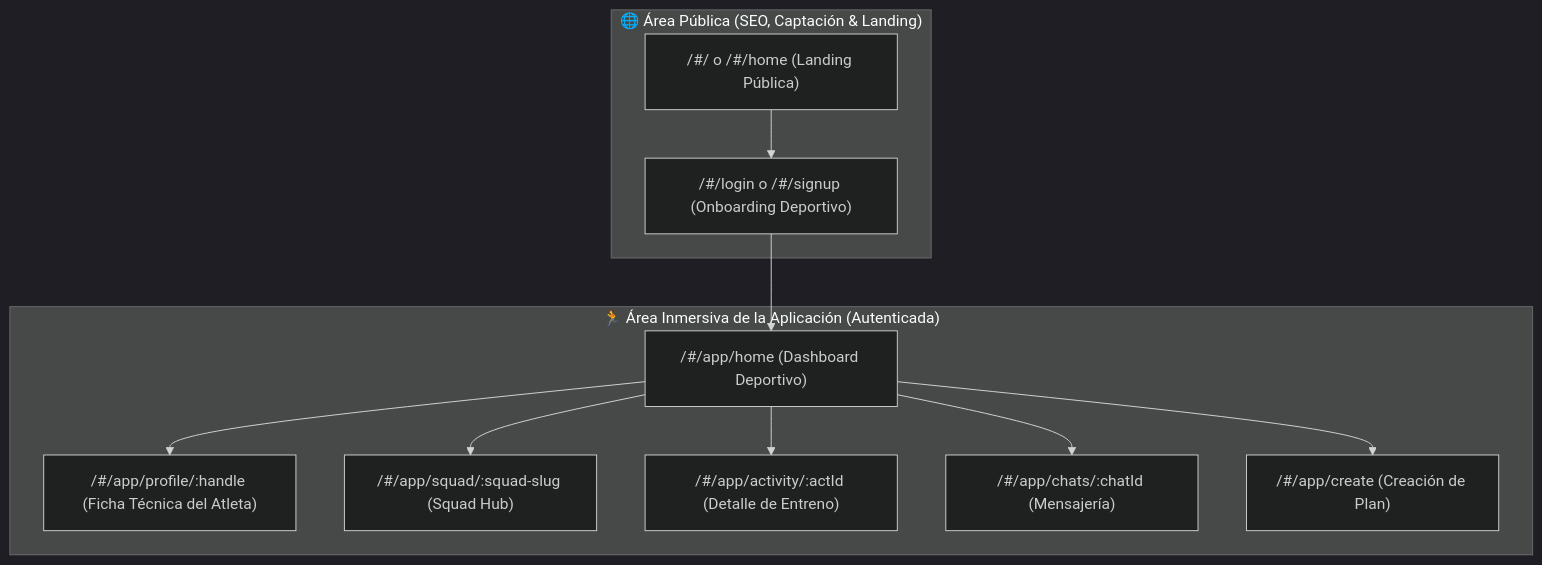
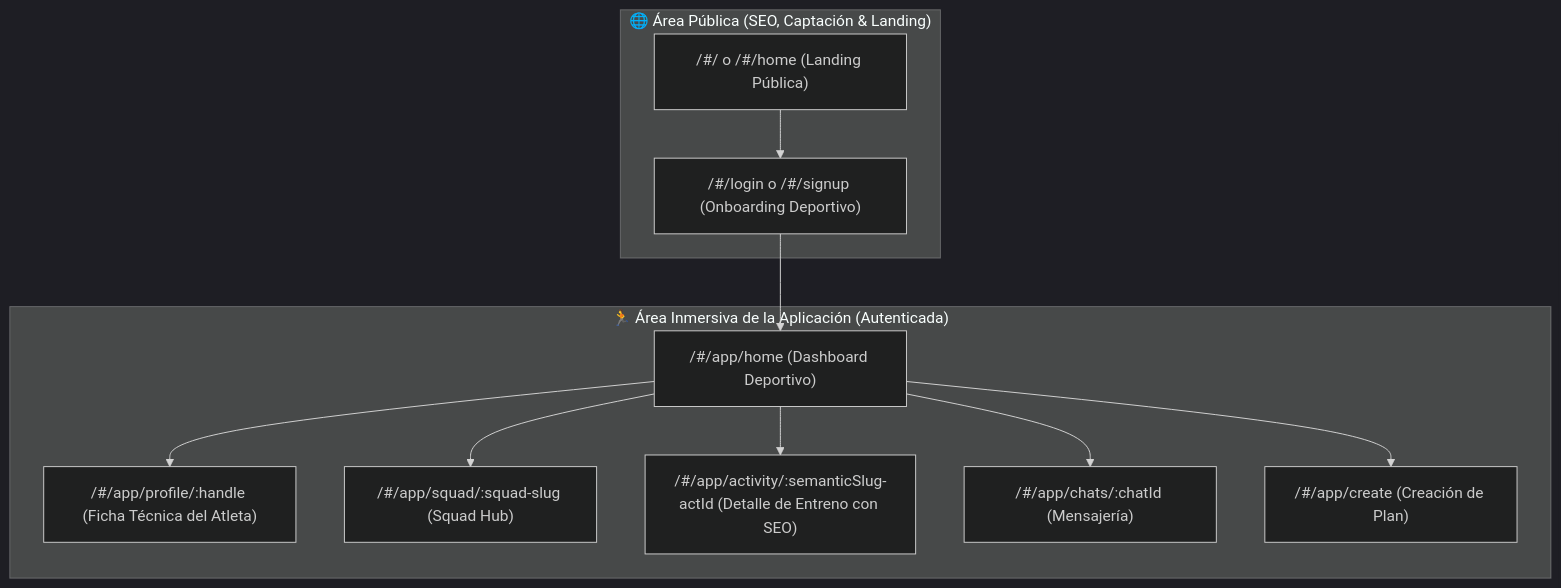
One commit to minoveaz/loopdev changed the diagram in docs/04-standards/loopdev-deep-linking-and-url-conventions.md. Above: the diagram before and after it, drawn with Mermaid (dark theme). The commit also changed other lines of this file and 1 other file, not shown here.

````diff
--- a/docs/04-standards/loopdev-deep-linking-and-url-conventions.md
+++ b/docs/04-standards/loopdev-deep-linking-and-url-conventions.md
@@ -51,24 +53,24 @@
 ```mermaid
 graph TD
     subgraph "🌐 Área Pública (SEO, Captación & Landing)"
         A["/#/ o /#/home (Landing Pública)"]
         B["/#/login o /#/signup (Onboarding Deportivo)"]
     end
 
     subgraph "🏃 Área Inmersiva de la Aplicación (Autenticada)"
         C["/#/app/home (Dashboard Deportivo)"]
         D["/#/app/profile/:handle (Ficha Técnica del Atleta)"]
         E["/#/app/squad/:squad-slug (Squad Hub)"]
-        F["/#/app/activity/:actId (Detalle de Entreno)"]
+        F["/#/app/activity/:semanticSlug-actId (Detalle de Entreno con SEO)"]
         G["/#/app/chats/:chatId (Mensajería)"]
         H["/#/app/create (Creación de Plan)"]
     end
 
     A --> B
     B --> C
     C --> D
     C --> E
     C --> F
     C --> G
     C --> H
 ```
````
